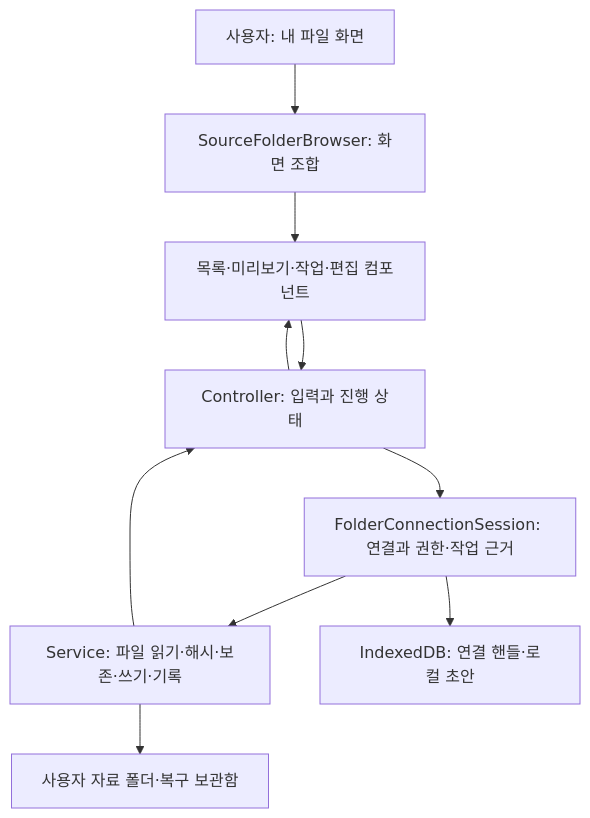
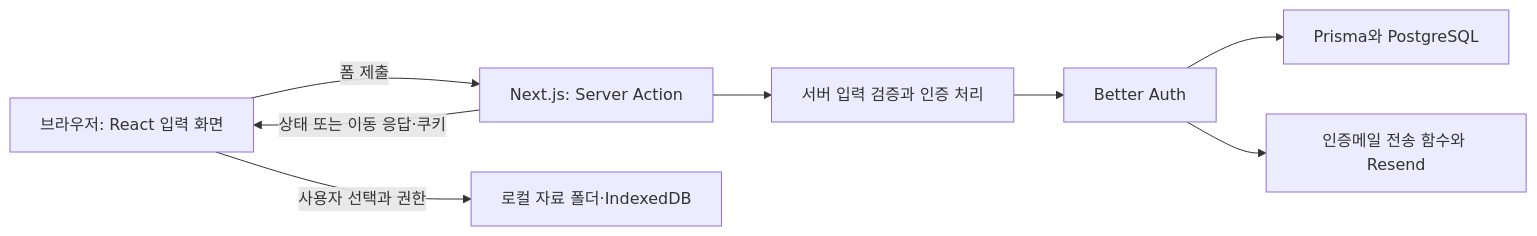
The first of 2 diagrams in docs/코드_이해하기.md (sabin1108/file_moa), drawn with Mermaid before and after one commit. The commit also changed other lines of this file, not shown here.

````diff
--- a/docs/코드_이해하기.md
+++ b/docs/코드_이해하기.md
@@ -36,12 +34,10 @@
 ```mermaid
-flowchart TD
-    A[사용자: 내 파일 화면] --> B[SourceFolderBrowser: 화면 조합]
-    B --> C[목록·미리보기·작업·편집 컴포넌트]
-    C --> D[Controller: 입력과 진행 상태]
-    D --> E[FolderConnectionSession: 연결과 권한·작업 근거]
-    E --> F[Service: 파일 읽기·해시·보존·쓰기·기록]
-    F --> D
-    D --> C
-    E --> G[IndexedDB: 연결 핸들·로컬 초안]
-    F --> H[사용자 자료 폴더·복구 보관함]
+flowchart LR
+    A[브라우저: React 입력 화면] -->|폼 제출| B[Next.js: Server Action]
+    B --> C[서버 입력 검증과 인증 처리]
+    C --> D[Better Auth]
+    D --> E[Prisma와 PostgreSQL]
+    D --> F[인증메일 전송 함수와 Resend]
+    B -->|상태 또는 이동 응답·쿠키| A
+    A -->|사용자 선택과 권한| G[로컬 자료 폴더·IndexedDB]
 ```
````
